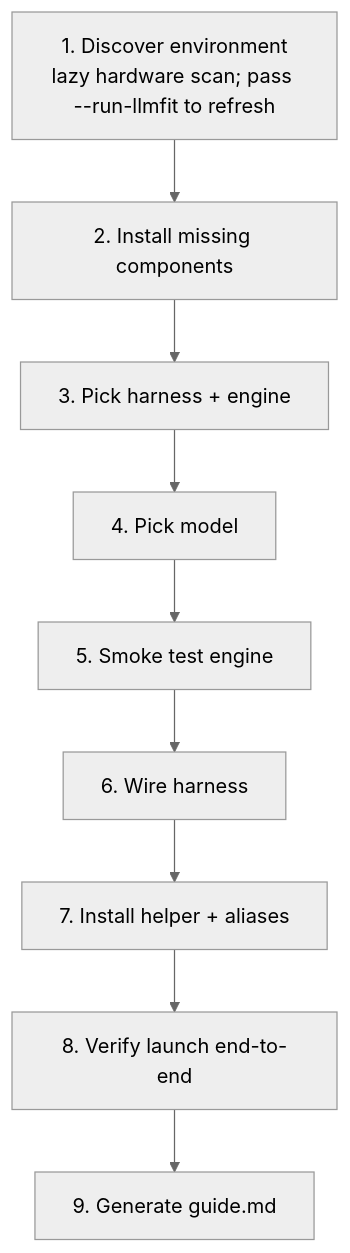
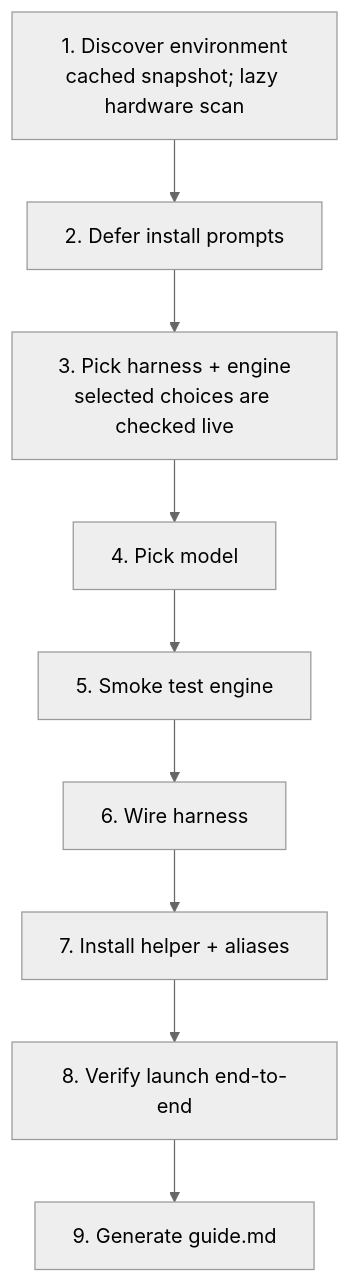
The diagram in README.md (luongnv89/ccl), drawn with Mermaid (neutral theme) before and after one commit. The commit also changed 8 other files, not shown here.

First line of the commit message:
fix(wizard): recheck selected setup components (#79) (#81)

````diff
--- a/README.md
+++ b/README.md
@@ -113,11 +113,11 @@
 ```mermaid
 graph TD
-    A[1. Discover environment<br>lazy hardware scan; pass --run-llmfit to refresh] --> B[2. Install missing components]
-    B --> C[3. Pick harness + engine]
+    A[1. Discover environment<br>cached snapshot; lazy hardware scan] --> B[2. Defer install prompts]
+    B --> C[3. Pick harness + engine<br>selected choices are checked live]
     C --> D[4. Pick model]
     D --> E[5. Smoke test engine]
     E --> F[6. Wire harness]
     F --> G[7. Install helper + aliases]
     G --> H[8. Verify launch end-to-end]
     H --> I[9. Generate guide.md]
 ```
````
